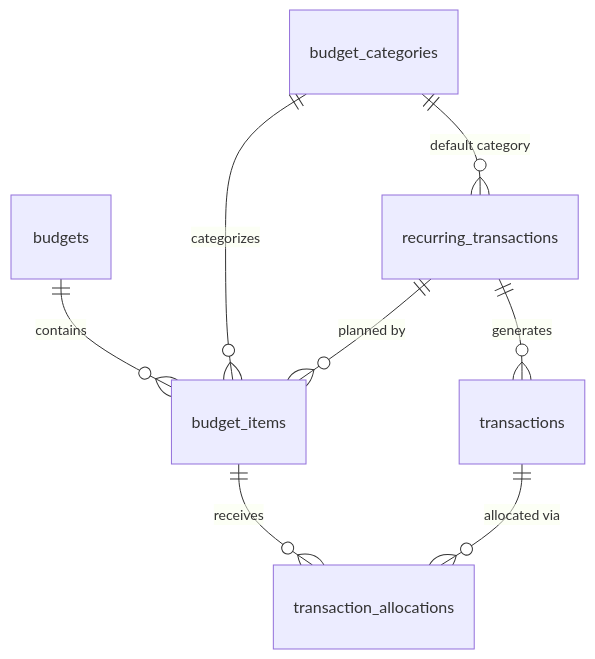
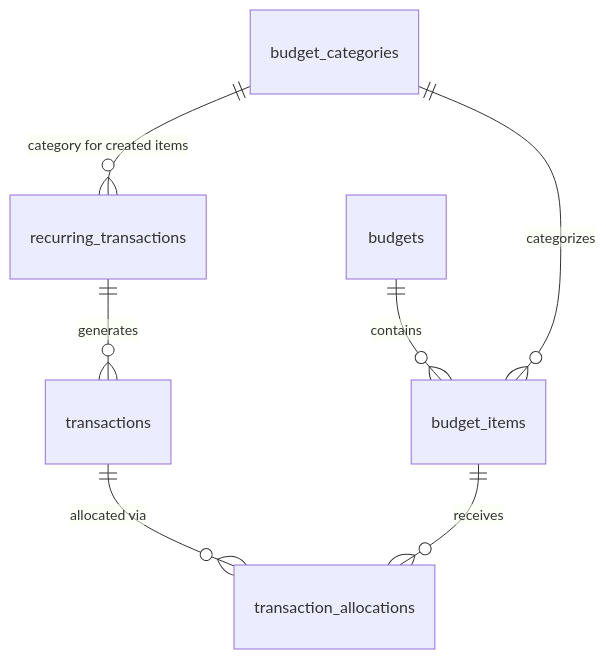
Before and after one commit to connor-ruff/disci: the diagram in docs/db/finance.md, drawn with Mermaid. The commit also changed other lines of this file and 73 other files, not shown here.

First line of the commit message:
Finance: recurring transactions, approvals, checklist, reordering

````diff
--- a/docs/db/finance.md
+++ b/docs/db/finance.md
@@ -52,10 +53,9 @@
 ```mermaid
 erDiagram
     budgets ||--o{ budget_items : contains
     budget_categories ||--o{ budget_items : categorizes
-    budget_categories ||--o{ recurring_transactions : "default category"
-    recurring_transactions ||--o{ budget_items : "planned by"
+    budget_categories ||--o{ recurring_transactions : "category for created items"
     recurring_transactions ||--o{ transactions : generates
     transactions ||--o{ transaction_allocations : "allocated via"
     budget_items ||--o{ transaction_allocations : "receives"
 ```
````
